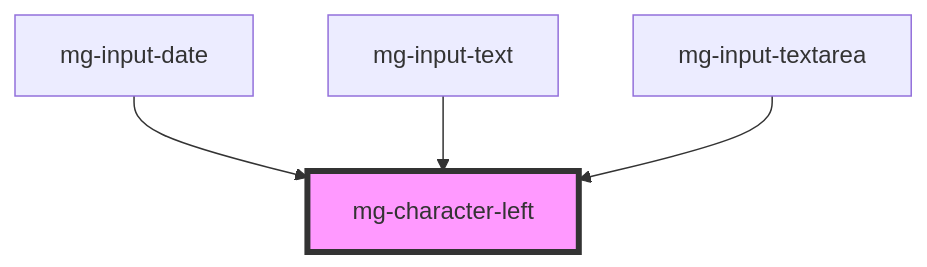
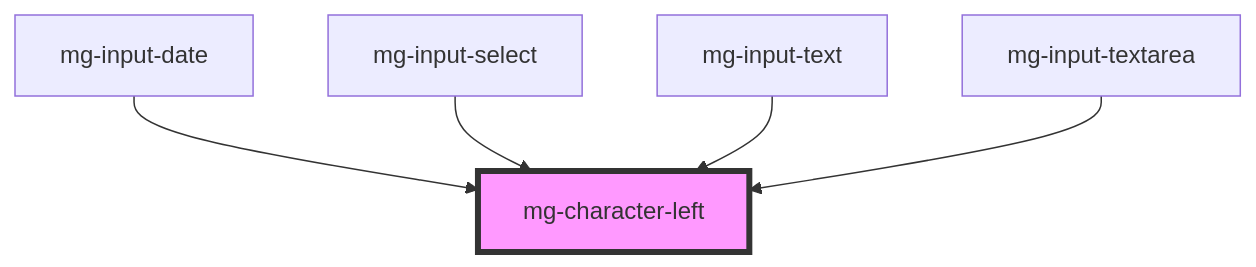
The diagram in src/components/atoms/mg-character-left/readme.md (MGDIS/mg-components), drawn with Mermaid before and after one commit. The commit also changed other lines of this file and 25 other files, not shown here.

First line of the commit message:
feat(input-select): add molecule

````diff
--- a/src/components/atoms/mg-character-left/readme.md
+++ b/src/components/atoms/mg-character-left/readme.md
@@ -27,7 +28,8 @@
 ```mermaid
 graph TD;
   mg-input-date --> mg-character-left
+  mg-input-select --> mg-character-left
   mg-input-text --> mg-character-left
   mg-input-textarea --> mg-character-left
   style mg-character-left fill:#f9f,stroke:#333,stroke-width:4px
 ```
````
